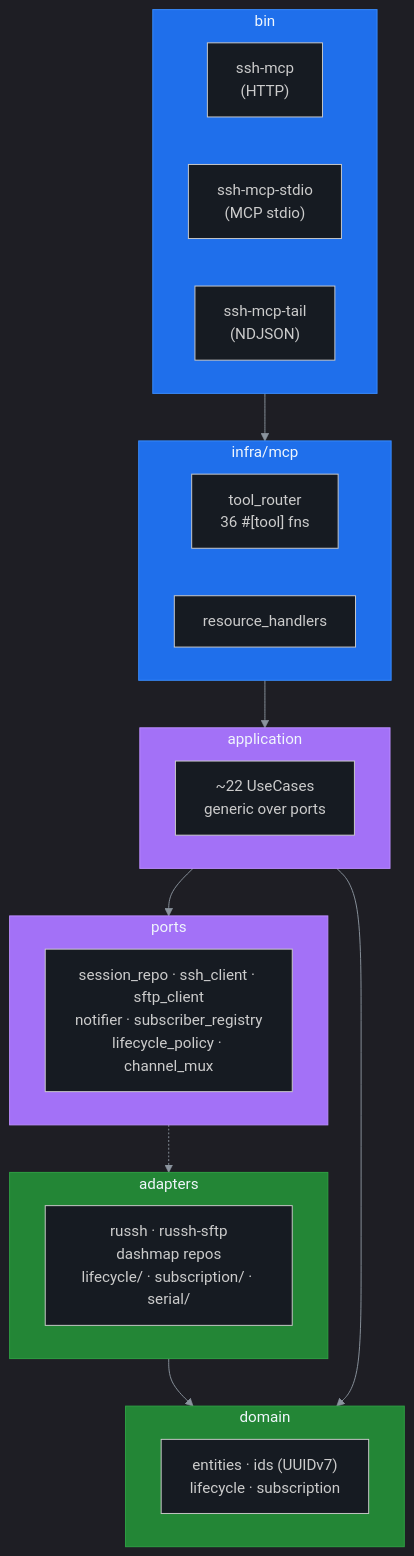
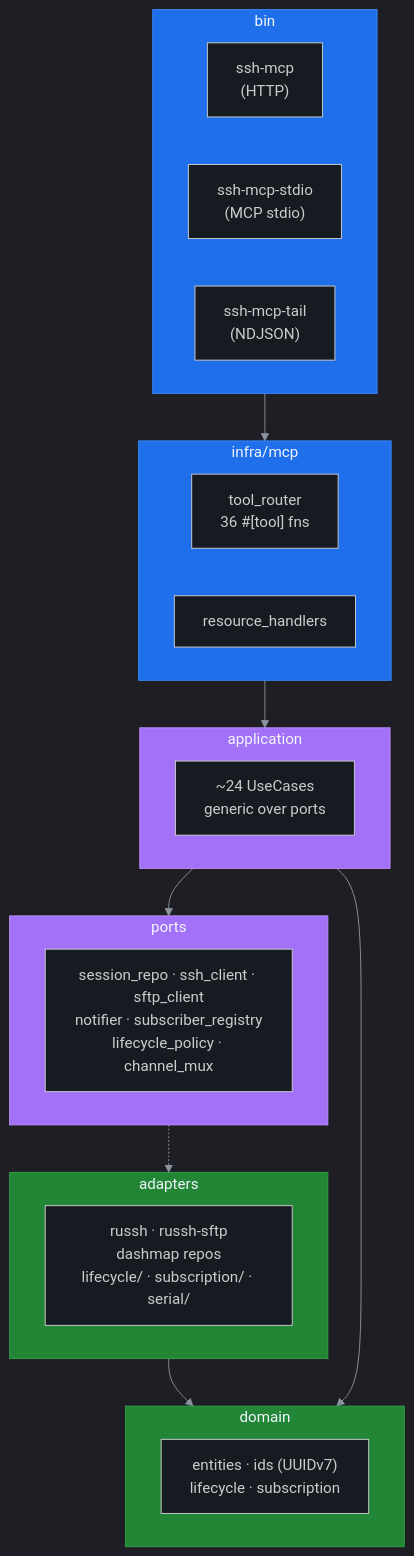
Before and after one commit to farchanjo/ssh-mcp: the second of 2 diagrams in README.md, drawn with Mermaid. The commit also changed other lines of this file and 5 other files, not shown here.

````diff
--- a/README.md
+++ b/README.md
@@ -162,36 +163,36 @@
 ```mermaid
 %%{init: {'theme':'dark','themeVariables':{'primaryColor':'#1f6feb','primaryTextColor':'#f0f6fc','primaryBorderColor':'#388bfd','lineColor':'#8b949e','background':'#0d1117','mainBkg':'#161b22','clusterBkg':'#161b22','clusterBorder':'#30363d'}}}%%
 flowchart TB
     subgraph BIN["bin"]
         HTTP["ssh-mcp<br/>(HTTP)"]
         STDIO["ssh-mcp-stdio<br/>(MCP stdio)"]
         TAIL["ssh-mcp-tail<br/>(NDJSON)"]
     end
     subgraph INFRA["infra/mcp"]
         TR["tool_router<br/>36 #[tool] fns"]
         RES["resource_handlers"]
     end
     subgraph APP["application"]
-        UC["~22 UseCases<br/>generic over ports"]
+        UC["~24 UseCases<br/>generic over ports"]
     end
     subgraph PORTS["ports"]
         P["session_repo · ssh_client · sftp_client<br/>notifier · subscriber_registry<br/>lifecycle_policy · channel_mux"]
     end
     subgraph ADAPT["adapters"]
         A["russh · russh-sftp<br/>dashmap repos<br/>lifecycle/ · subscription/ · serial/"]
     end
     subgraph DOM["domain"]
         D["entities · ids (UUIDv7)<br/>lifecycle · subscription"]
     end
 
     BIN --> INFRA --> APP --> PORTS
     PORTS -.-> ADAPT --> DOM
     APP --> DOM
 
     classDef l fill:#1f6feb,color:#f0f6fc,stroke:#388bfd
     classDef m fill:#a371f7,color:#f0f6fc,stroke:#bc8cff
     classDef g fill:#238636,color:#f0f6fc,stroke:#2ea043
     class BIN,INFRA l
     class APP,PORTS m
     class ADAPT,DOM g
 ```
````
